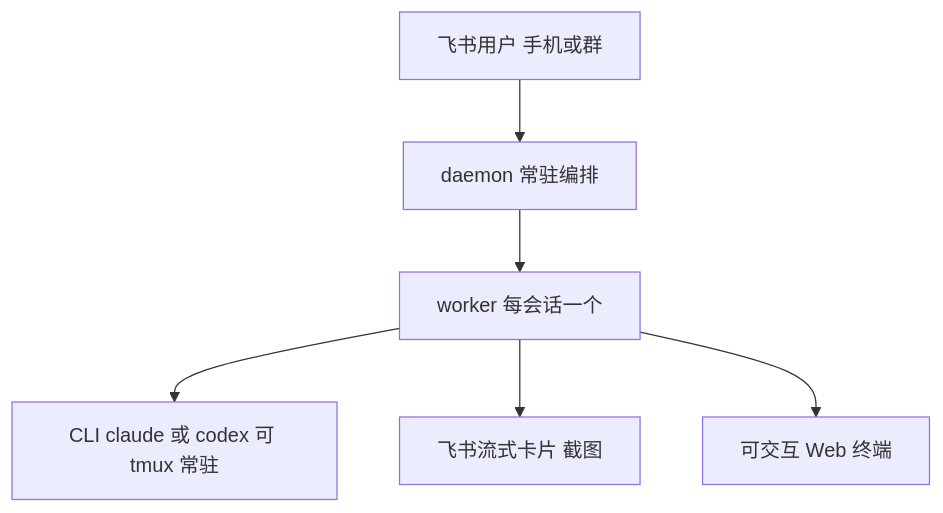
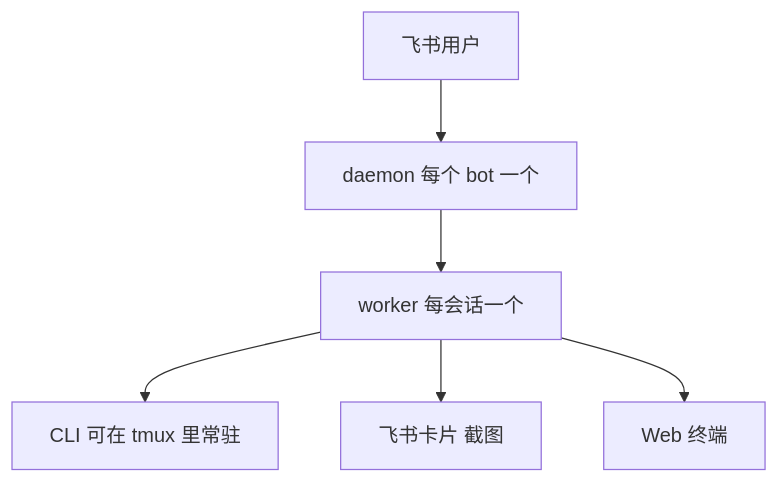
One commit to diguike/book-source-reading changed the first of 8 diagrams in book/05-botmux.md. Above: the diagram before and after it, drawn with Mermaid. The commit also changed other lines of this file and 14 other files, not shown here.

````diff
--- a/book/05-botmux.md
+++ b/book/05-botmux.md
@@ -97,8 +79,8 @@
 ```mermaid
 graph TB
-    U[飞书用户 手机或群] --> D[daemon 常驻编排]
+    U[飞书用户] --> D[daemon 每个 bot 一个]
     D --> W[worker 每会话一个]
-    W --> C[CLI claude 或 codex 可 tmux 常驻]
-    W --> Card[飞书流式卡片 截图]
-    W --> Web[可交互 Web 终端]
+    W --> C[CLI 可在 tmux 里常驻]
+    W --> Card[飞书卡片 截图]
+    W --> Web[Web 终端]
 ```
````
